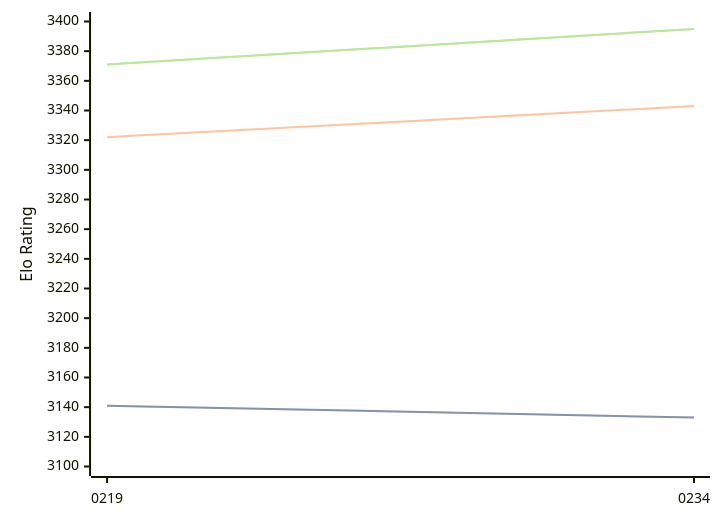
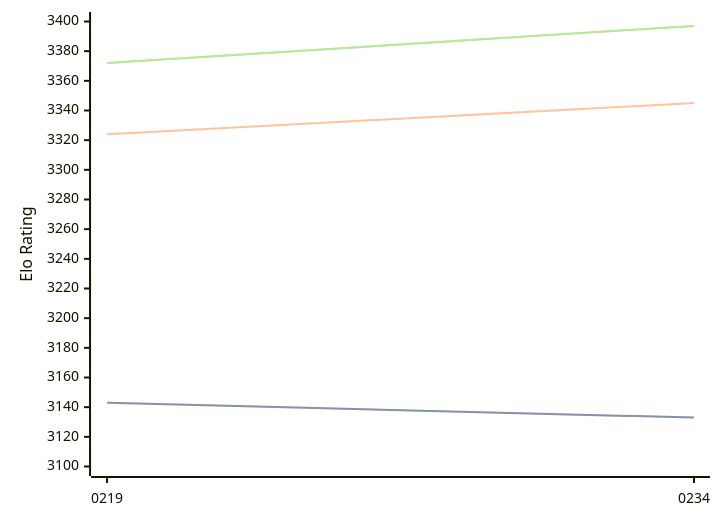
Before and after one commit to computer-chess-index/cci: the diagram in engines/Ynode.md, drawn with Mermaid. The commit also changed other lines of this file, not shown here.

Commit message:
Update CCI Ratings (ELO VLTC) - 2026-09-01

````diff
--- a/engines/Ynode.md
+++ b/engines/Ynode.md
@@ -32,11 +32,11 @@
 ```mermaid
 %%{init: {"theme":"base","themeVariables":{"seriesColors:['#a3a3a3','#222221','#faa371']}}}%%
 xychart-beta
   x-axis ["0219", "0234"]
   y-axis "Elo Rating" 3100 --> 3400
-  line "" [3141, 3133]
-  line "STC (8.0+0.08s)" [3141, 3133]
-  line "LTC (60.0+0.60s)" [3322, 3343]
-  line "" [3371, 3395]
-  line "VLTC (2m24s+1.12s)" [3371, 3395]
+  line "" [3143, 3133]
+  line "STC (8.0+0.08s)" [3143, 3133]
+  line "LTC (60.0+0.60s)" [3324, 3345]
+  line "" [3372, 3397]
+  line "VLTC (2m24s+1.12s)" [3372, 3397]
 ```
````
